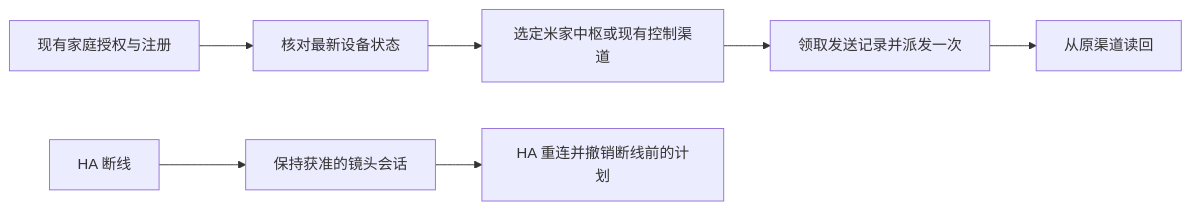
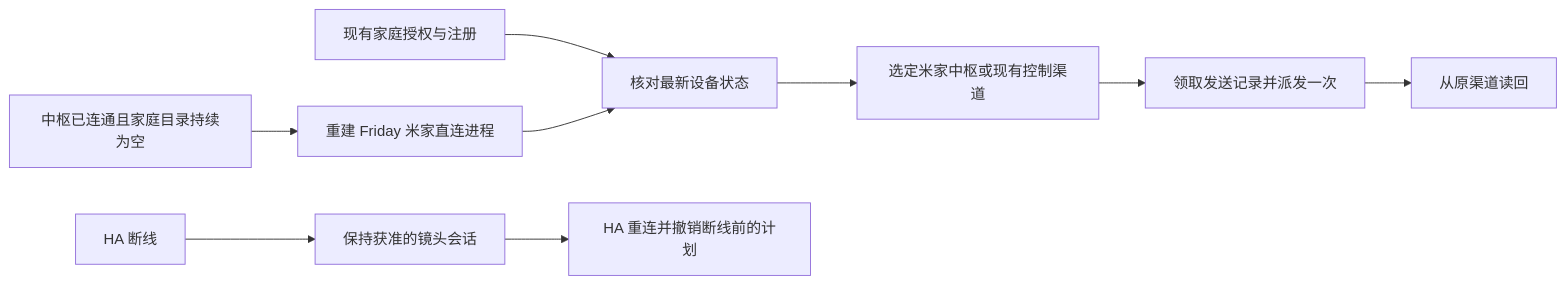
Before and after one commit to Geeprox/Friday: the third of 35 diagrams in docs/architecture.md, drawn with Mermaid. The commit also changed other lines of this file and 8 other files, not shown here.

````diff
--- a/docs/architecture.md
+++ b/docs/architecture.md
@@ -81,9 +86,11 @@
 ```mermaid
 flowchart LR
   A[现有家庭授权与注册] --> B[核对最新设备状态]
   B --> C[选定米家中枢或现有控制渠道]
   C --> D[领取发送记录并派发一次]
   D --> E[从原渠道读回]
   F[HA 断线] --> G[保持获准的镜头会话]
   G --> H[HA 重连并撤销断线前的计划]
+  I[中枢已连通且家庭目录持续为空] --> J[重建 Friday 米家直连进程]
+  J --> B
 ```
````
